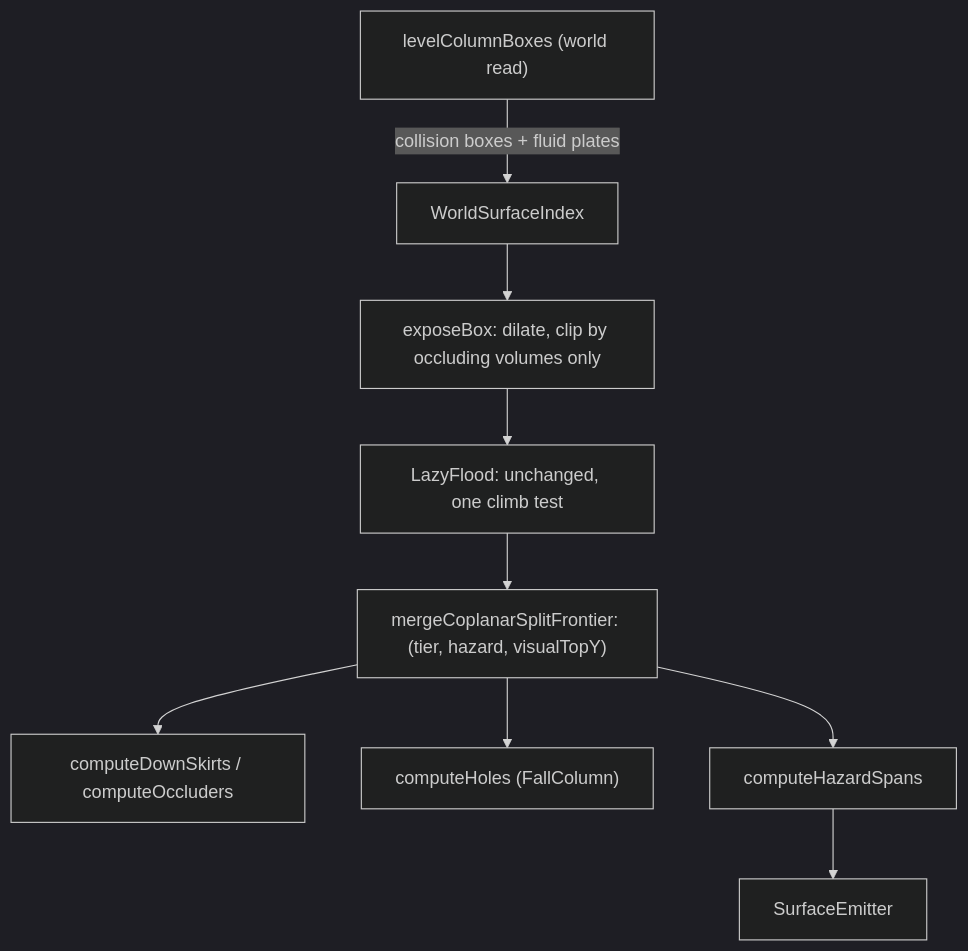
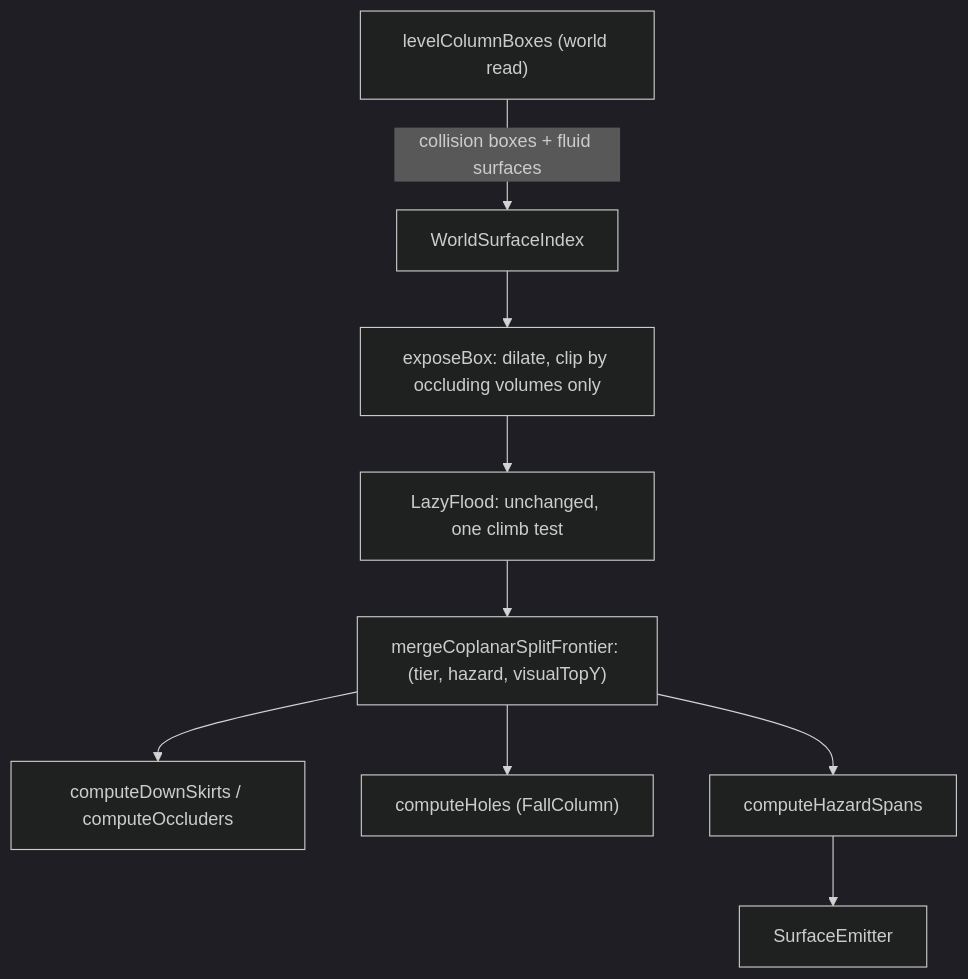
Before and after one commit to colinsmao/hbox-test: the diagram in PLAN.md, drawn with Mermaid (dark theme). The commit also changed other lines of this file and 15 other files, not shown here.

First line of the commit message:
Extract WorldGeometry as the ColumnBoxes adapter and rename fluid plate to fluid surface.

````diff
--- a/PLAN.md
+++ b/PLAN.md
@@ -77,11 +79,11 @@
 ```mermaid
 flowchart TD
-  levelColumnBoxes["levelColumnBoxes (world read)"] -->|"collision boxes + fluid plates"| index[WorldSurfaceIndex]
+  levelColumnBoxes["levelColumnBoxes (world read)"] -->|"collision boxes + fluid surfaces"| index[WorldSurfaceIndex]
   index --> exposeBox["exposeBox: dilate, clip by occluding volumes only"]
   exposeBox --> flood["LazyFlood: unchanged, one climb test"]
   flood --> merge["mergeCoplanarSplitFrontier: (tier, hazard, visualTopY)"]
   merge --> skirts[computeDownSkirts / computeOccluders]
   merge --> holes["computeHoles (FallColumn)"]
   merge --> hazards[computeHazardSpans]
   hazards --> emit[SurfaceEmitter]
 ```
````
